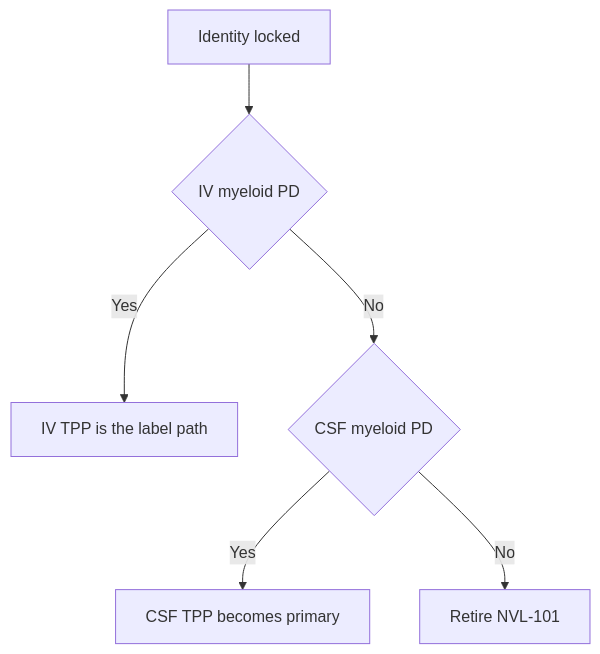
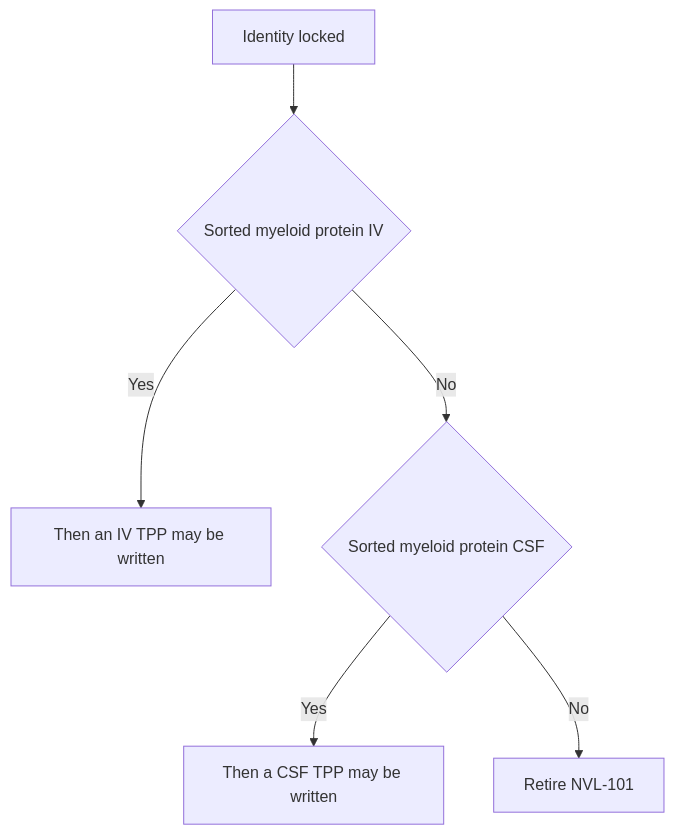
One commit to CosmicCEO/novellum changed the diagram in science/06-target-product-profile.md. Above: the diagram before and after it, drawn with Mermaid. The commit also changed other lines of this file, not shown here.

Commit message:
Remove TPP smuggled claims on tropism, route, interval, sTREM2, population

````diff
--- a/science/06-target-product-profile.md
+++ b/science/06-target-product-profile.md
@@ -7,8 +7,8 @@
 ```mermaid
 flowchart TD
-  A[Identity locked] --> B{IV myeloid PD}
-  B -->|Yes| C[IV TPP is the label path]
-  B -->|No| D{CSF myeloid PD}
-  D -->|Yes| E[CSF TPP becomes primary]
+  A[Identity locked] --> B{Sorted myeloid protein IV}
+  B -->|Yes| C[Then an IV TPP may be written]
+  B -->|No| D{Sorted myeloid protein CSF}
+  D -->|Yes| E[Then a CSF TPP may be written]
   D -->|No| F[Retire NVL-101]
 ```
````
